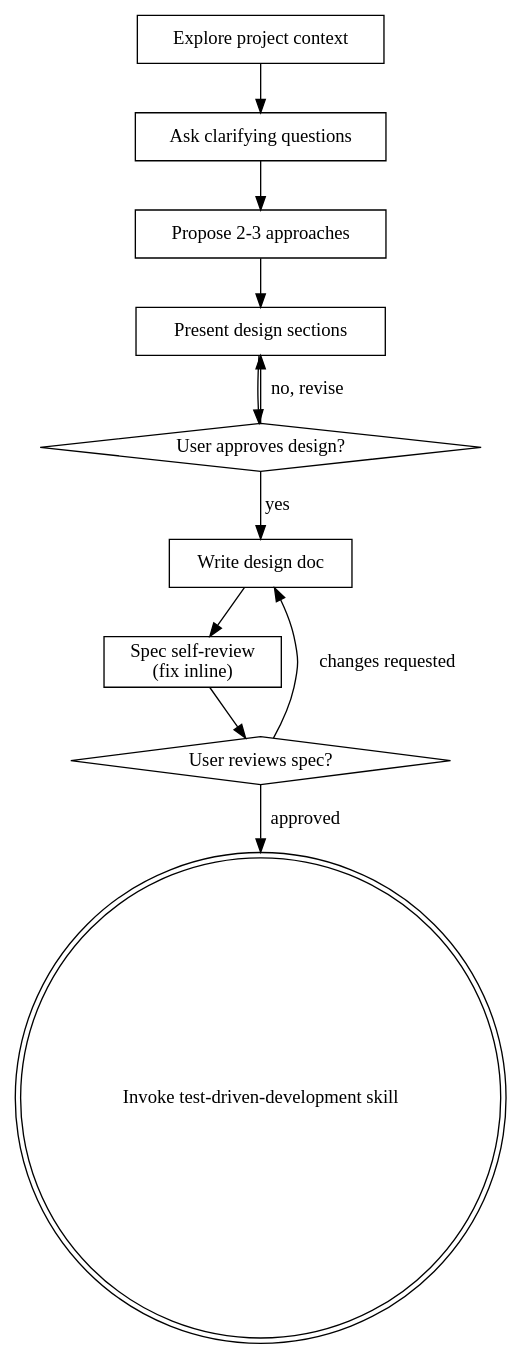
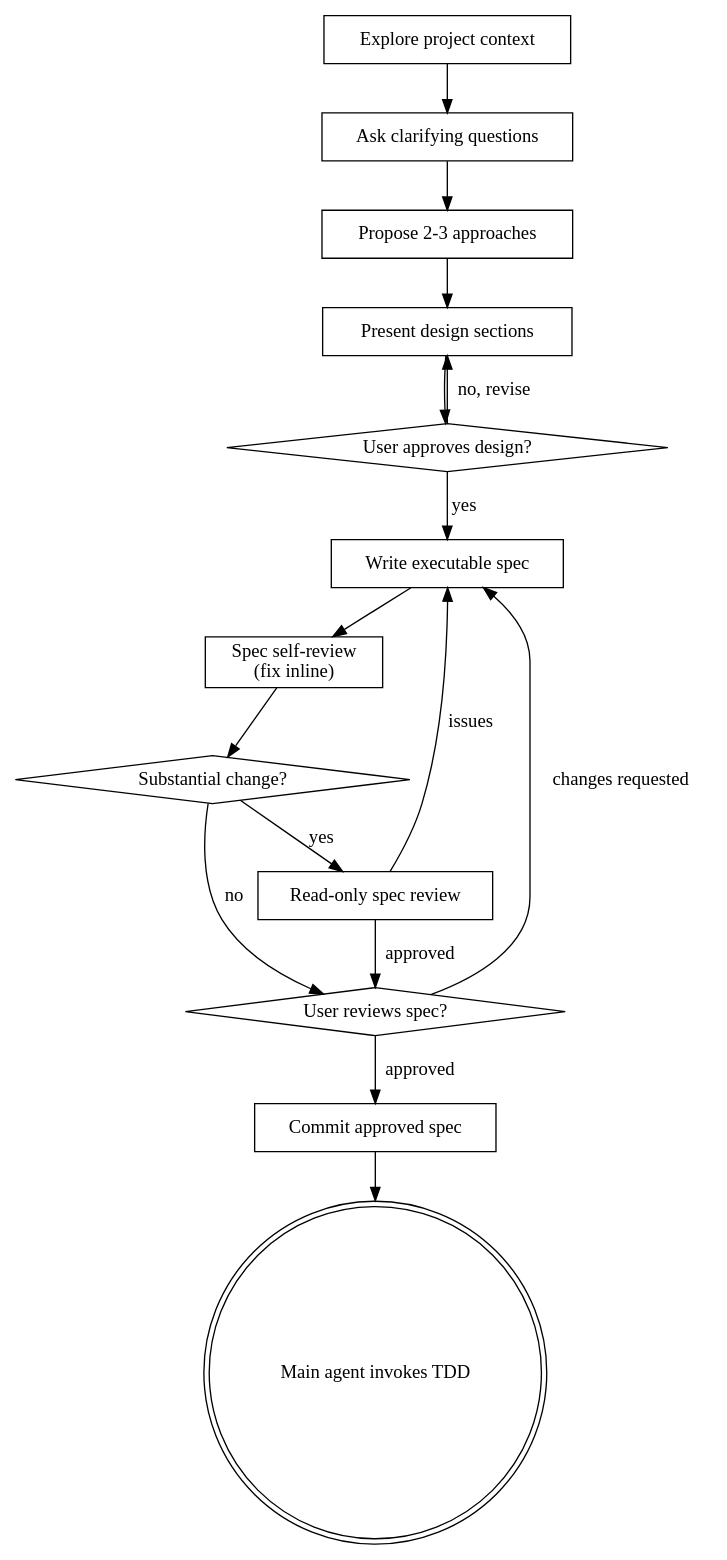
Before and after one commit to learnerLj/superpowers: the diagram in skills/brainstorming/SKILL.md, drawn with Graphviz. The commit also changed other lines of this file and 57 other files, not shown here.

Commit message:
refactor: enforce spec-first main-agent TDD workflow

````diff
--- a/skills/brainstorming/SKILL.md
+++ b/skills/brainstorming/SKILL.md
@@ -36,24 +38,32 @@
 ```dot
 digraph brainstorming {
     "Explore project context" [shape=box];
     "Ask clarifying questions" [shape=box];
     "Propose 2-3 approaches" [shape=box];
     "Present design sections" [shape=box];
     "User approves design?" [shape=diamond];
-    "Write design doc" [shape=box];
+    "Write executable spec" [shape=box];
     "Spec self-review\n(fix inline)" [shape=box];
+    "Substantial change?" [shape=diamond];
+    "Read-only spec review" [shape=box];
     "User reviews spec?" [shape=diamond];
-    "Invoke test-driven-development skill" [shape=doublecircle];
+    "Commit approved spec" [shape=box];
+    "Main agent invokes TDD" [shape=doublecircle];
 
     "Explore project context" -> "Ask clarifying questions";
     "Ask clarifying questions" -> "Propose 2-3 approaches";
     "Propose 2-3 approaches" -> "Present design sections";
     "Present design sections" -> "User approves design?";
     "User approves design?" -> "Present design sections" [label="no, revise"];
-    "User approves design?" -> "Write design doc" [label="yes"];
-    "Write design doc" -> "Spec self-review\n(fix inline)";
-    "Spec self-review\n(fix inline)" -> "User reviews spec?";
-    "User reviews spec?" -> "Write design doc" [label="changes requested"];
-    "User reviews spec?" -> "Invoke test-driven-development skill" [label="approved"];
+    "User approves design?" -> "Write executable spec" [label="yes"];
+    "Write executable spec" -> "Spec self-review\n(fix inline)";
+    "Spec self-review\n(fix inline)" -> "Substantial change?";
+    "Substantial change?" -> "Read-only spec review" [label="yes"];
+    "Substantial change?" -> "User reviews spec?" [label="no"];
+    "Read-only spec review" -> "Write executable spec" [label="issues"];
+    "Read-only spec review" -> "User reviews spec?" [label="approved"];
+    "User reviews spec?" -> "Write executable spec" [label="changes requested"];
+    "User reviews spec?" -> "Commit approved spec" [label="approved"];
+    "Commit approved spec" -> "Main agent invokes TDD";
 }
 ```
````
